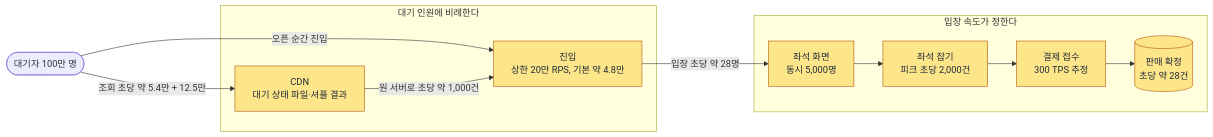
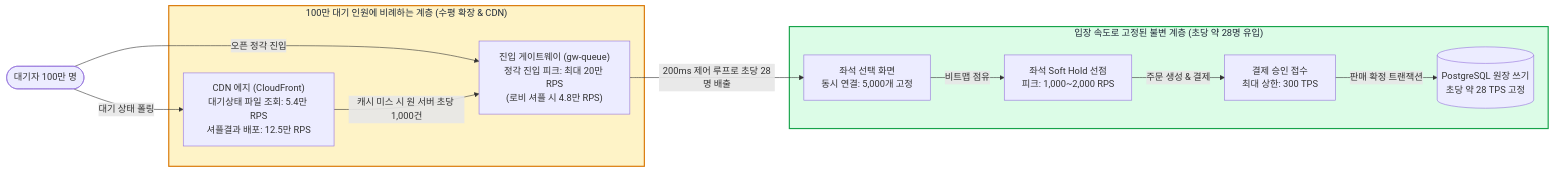
Before and after one commit to peaket/peaket: the second of 18 diagrams in docs/walkthrough/01-system-design.md, drawn with Mermaid. The commit also changed other lines of this file and 77 other files, not shown here.

````diff
--- a/docs/walkthrough/01-system-design.md
+++ b/docs/walkthrough/01-system-design.md
@@ -180,22 +262,29 @@
 ```mermaid
 flowchart LR
     fan(["대기자 100만 명"])
-    subgraph PROP["대기 인원에 비례한다"]
-        cdn["CDN<br/>대기 상태 파일·셔플 결과"]:::new
-        entry["진입<br/>상한 20만 RPS, 기본 약 4.8만"]:::new
+
+    subgraph Proportional["100만 대기 인원에 비례하는 계층 (수평 확장 & CDN)"]
+        cdn["CDN 에지 (CloudFront)<br/>대기상태 파일 조회: 5.4만 RPS<br/>셔플결과 배포: 12.5만 RPS"]
+        entry["진입 게이트웨이 (gw-queue)<br/>정각 진입 피크: 최대 20만 RPS<br/>(로비 셔플 시 4.8만 RPS)"]
     end
-    subgraph RATE["입장 속도가 정한다"]
-        seat["좌석 화면<br/>동시 5,000명"]:::new
-        hold["좌석 잡기<br/>피크 초당 2,000건"]:::new
-        pay["결제 접수<br/>300 TPS 추정"]:::new
-        db[("판매 확정<br/>초당 약 28건")]:::new
+
+    subgraph Invariant["입장 속도로 고정된 불변 계층 (초당 약 28명 유입)"]
+        seat["좌석 선택 화면<br/>동시 연결: 5,000개 고정"]
+        hold["좌석 Soft Hold 선점<br/>피크: 1,000~2,000 RPS"]
+        pay["결제 승인 접수<br/>최대 상한: 300 TPS"]
+        db[("PostgreSQL 원장 쓰기<br/>초당 약 28 TPS 고정")]
     end
-    fan -->|"조회 초당 약 5.4만 + 12.5만"| cdn
-    fan -->|"오픈 순간 진입"| entry
-    cdn -->|"원 서버로 초당 약 1,000건"| entry
-    entry -->|"입장 초당 약 28명"| seat
-    seat --> hold
-    hold --> pay
-    pay --> db
-    classDef new fill:#fde68a,stroke:#b45309,color:#1f2937
+
+    fan -->|"대기 상태 폴링"| cdn
+    fan -->|"오픈 정각 진입"| entry
+    cdn -->|"캐시 미스 시 원 서버 초당 1,000건"| entry
+    entry -->|"200ms 제어 루프로 초당 28명 배출"| seat
+    seat -->|"비트맵 점유"| hold
+    hold -->|"주문 생성 & 결제"| pay
+    pay -->|"판매 확정 트랜잭션"| db
+
+    classDef prop fill:#fef3c7,stroke:#d97706,stroke-width:2px,color:#1f2937
+    classDef inv fill:#dcfce7,stroke:#16a34a,stroke-width:2px,color:#1f2937
+    class Proportional prop
+    class Invariant inv
 ```
````
